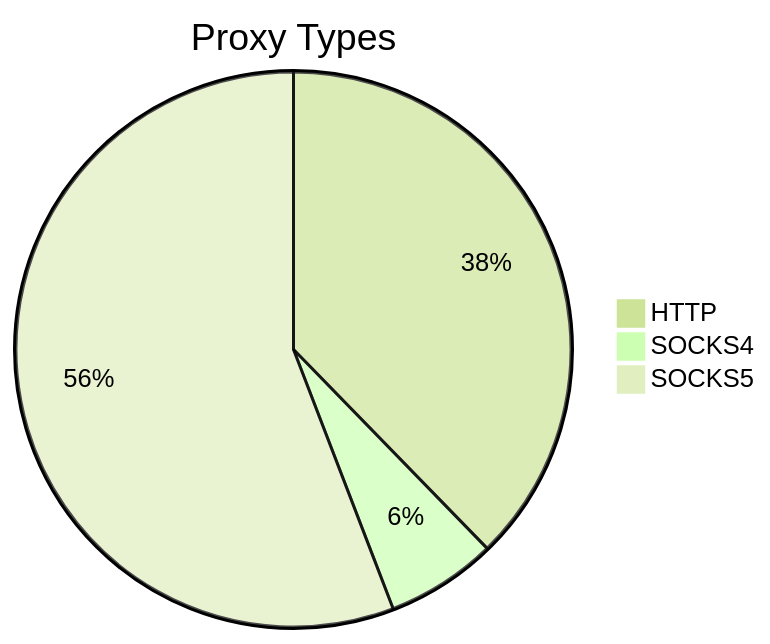
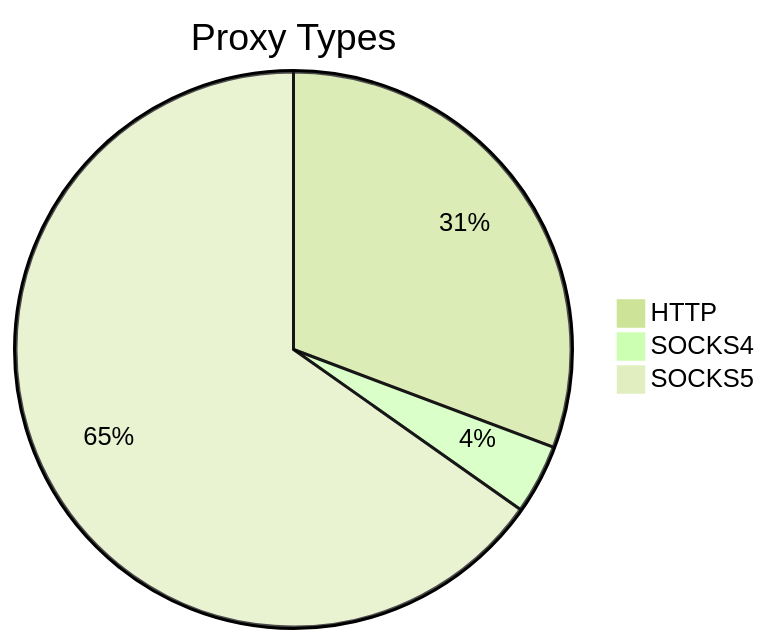
The first of 2 diagrams in README.md (stormsia/proxy-list), drawn with Mermaid (forest theme) before and after one commit. The commit also changed other lines of this file, not shown here.

````diff
--- a/README.md
+++ b/README.md
@@ -21,6 +21,6 @@
 ```mermaid
 pie title Proxy Types
-    "HTTP" : 310
-    "SOCKS4" : 53
-    "SOCKS5" : 459
+    "HTTP" : 220
+    "SOCKS4" : 29
+    "SOCKS5" : 467
 ```
````
